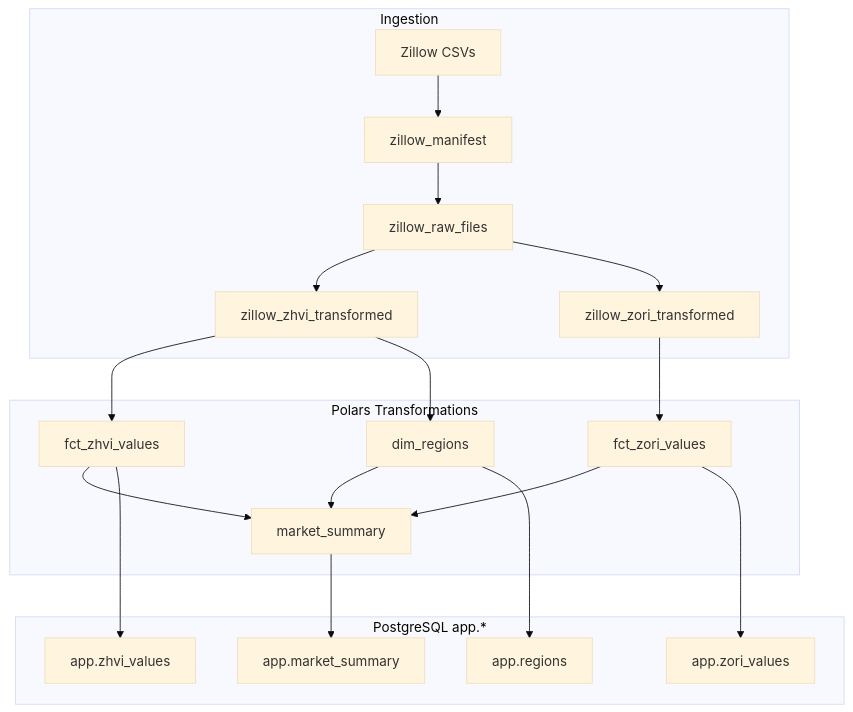
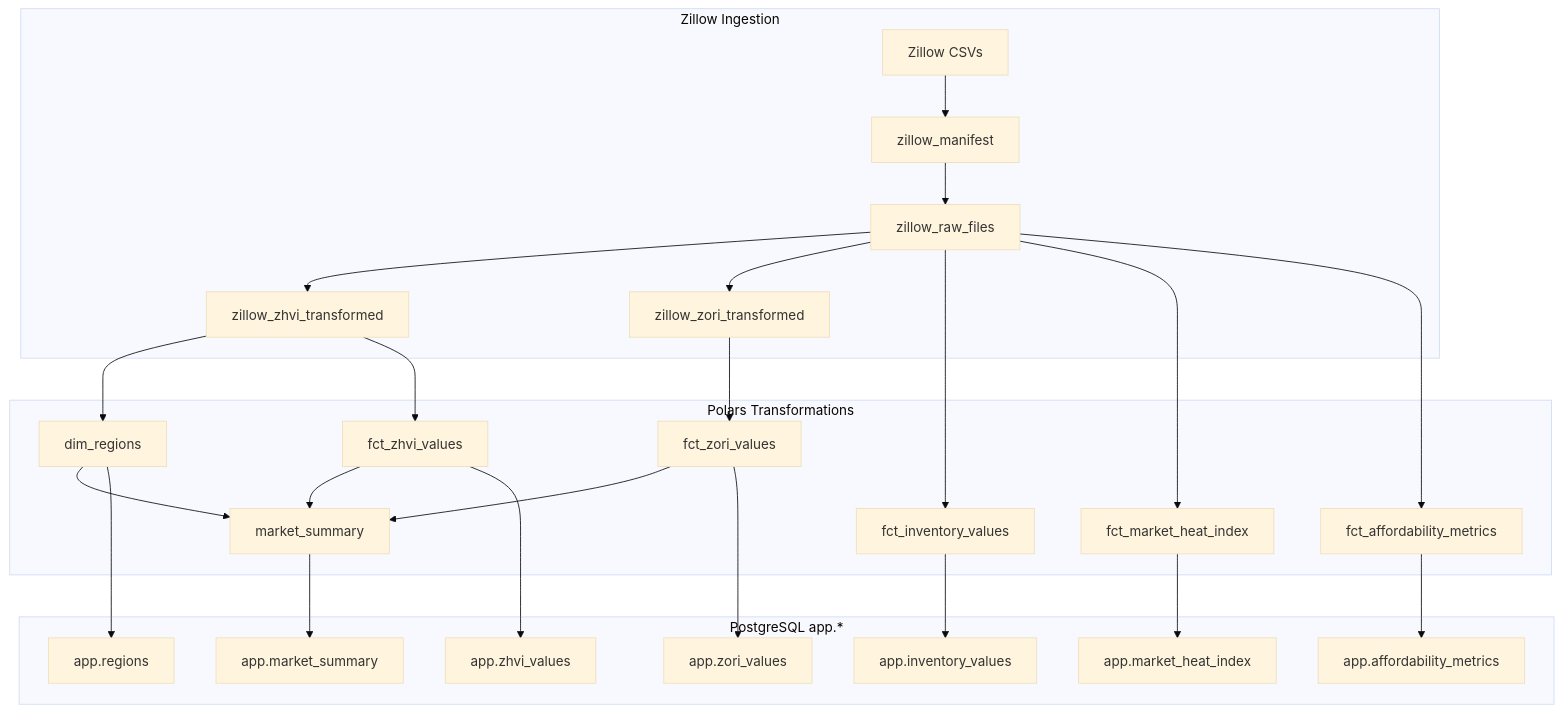
One commit to HousingIQ/housingiq-app changed the diagram in docs/09-data-platform.md. Above: the diagram before and after it, drawn with Mermaid (base theme). The commit also changed other lines of this file and 3 other files, not shown here.

````diff
--- a/docs/09-data-platform.md
+++ b/docs/09-data-platform.md
@@ -53,25 +76,31 @@
 ```mermaid
 graph TD
-    subgraph Ingestion
+    subgraph Ingestion["Zillow Ingestion"]
         Z[Zillow CSVs] --> M[zillow_manifest]
         M --> R[zillow_raw_files]
         R --> TZ[zillow_zhvi_transformed]
         R --> TR[zillow_zori_transformed]
     end
 
     subgraph Transform["Polars Transformations"]
+        TZ --> DR[dim_regions]
         TZ --> FZ[fct_zhvi_values]
         TR --> FR[fct_zori_values]
-        TZ --> DR[dim_regions]
+        R --> FI[fct_inventory_values]
+        R --> FH[fct_market_heat_index]
+        R --> FA[fct_affordability_metrics]
         FZ --> MS[market_summary]
         FR --> MS
         DR --> MS
     end
 
     subgraph Load["PostgreSQL app.*"]
         DR --> AR[app.regions]
         FZ --> AZ[app.zhvi_values]
         FR --> AO[app.zori_values]
+        FI --> AI[app.inventory_values]
+        FH --> AH[app.market_heat_index]
+        FA --> AA[app.affordability_metrics]
         MS --> AM[app.market_summary]
     end
 ```
````
